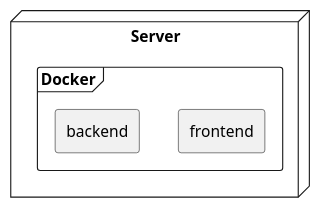
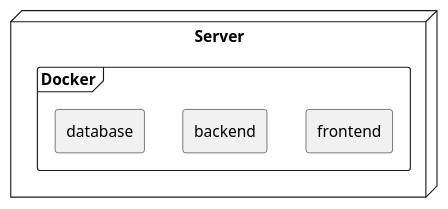
One commit to kluchi/diagrams changed the diagram in deployment.puml. Above: the diagram before and after it, drawn with PlantUML.

Commit message:
add database to deployment diagram

```diff
--- a/deployment.puml
+++ b/deployment.puml
@@ -1,17 +1,21 @@
 @startuml sample_diagram
 
 node Server {
     frame Docker {
         rectangle frontend {
 
         }
 
         rectangle backend {
+
+        }
+
+        rectangle database {
             
         }
     }
 }
 
 
 
 @enduml
```
